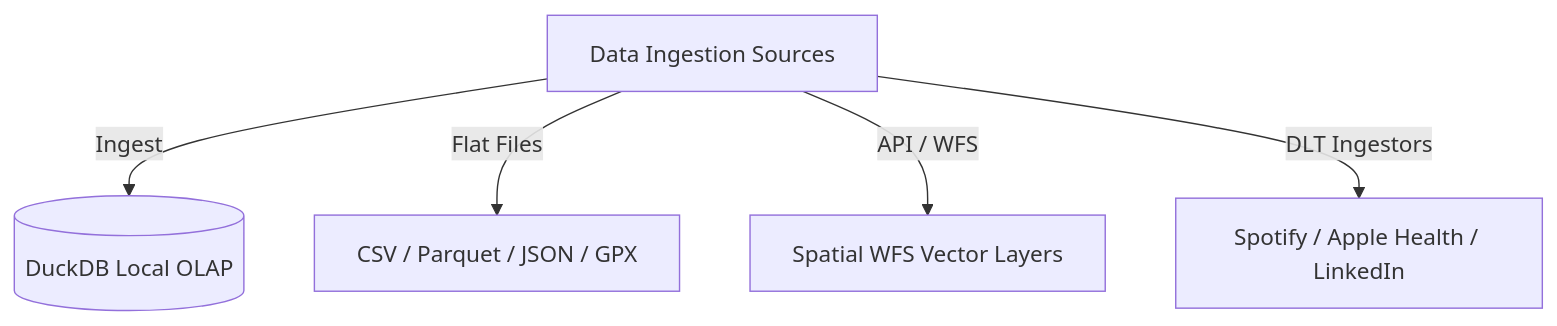
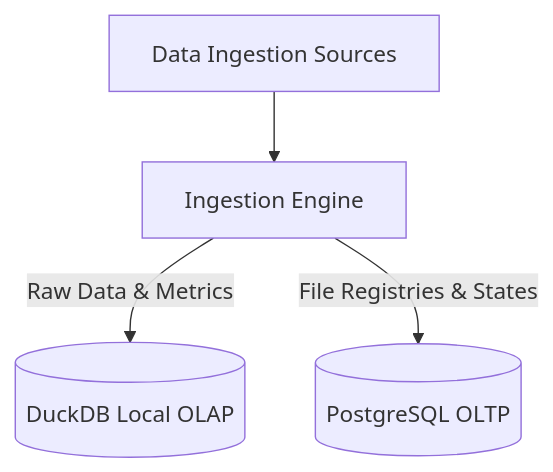
The diagram in docs-site/docs/data.md (852-Lab/jimwurst), drawn with Mermaid before and after one commit. The commit also changed other lines of this file and 28 other files, not shown here.

````diff
--- a/docs-site/docs/data.md
+++ b/docs-site/docs/data.md
@@ -10,7 +14,6 @@
 ```mermaid
-graph TD
-    Sources[Data Ingestion Sources] -->|Ingest| DuckDB[(DuckDB Local OLAP)]
-    Sources -->|Flat Files| Flat[CSV / Parquet / JSON / GPX]
-    Sources -->|API / WFS| API[Spatial WFS Vector Layers]
-    Sources -->|DLT Ingestors| DLT[Spotify / Apple Health / LinkedIn]
+flowchart TD
+    Sources[Data Ingestion Sources] --> Ingest[Ingestion Engine]
+    Ingest -->|Raw Data & Metrics| DuckDB[(DuckDB Local OLAP)]
+    Ingest -->|File Registries & States| Postgres[(PostgreSQL OLTP)]
 ```
````
